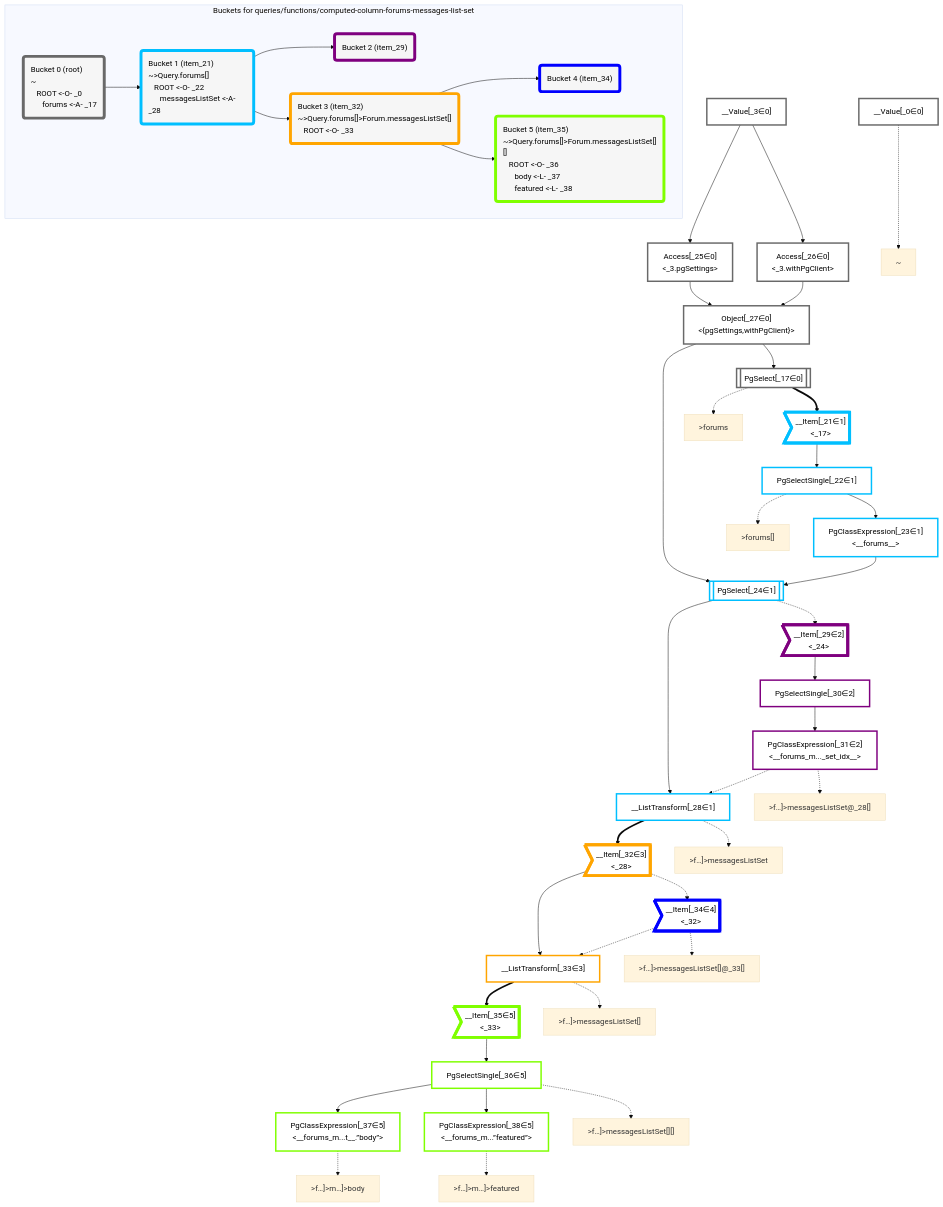
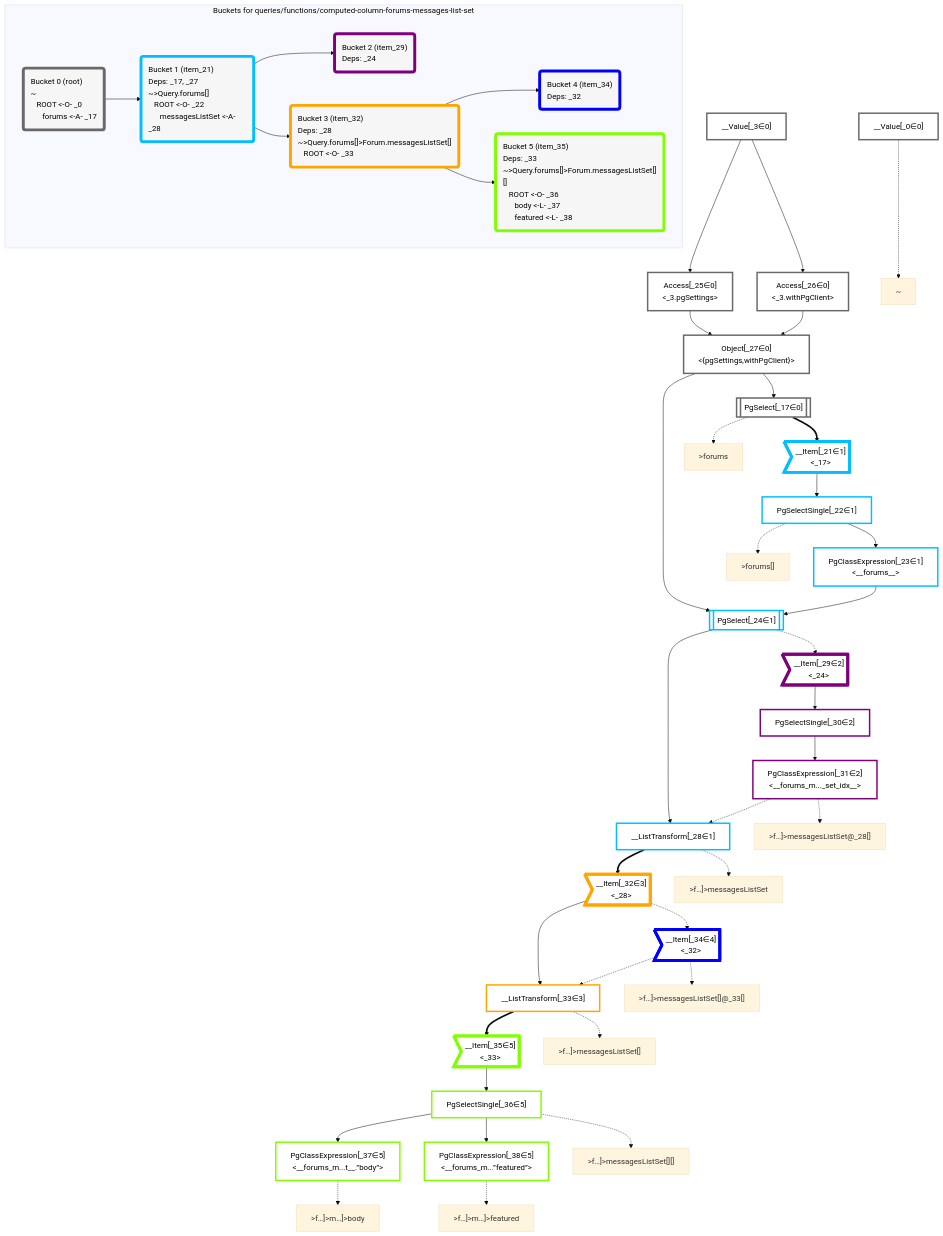
Before and after one commit to graphile/crystal: the diagram in packages/dataplan-pg/__tests__/queries/functions/computed-column-forums-messages-list-set.deopt.mermaid.md, drawn with Mermaid (base theme). The commit also changed 157 other files, not shown here.

Commit message:
Add deps to all query snapshots

```diff
--- a/packages/dataplan-pg/__tests__/queries/functions/computed-column-forums-messages-list-set.deopt.mermaid.md
+++ b/packages/dataplan-pg/__tests__/queries/functions/computed-column-forums-messages-list-set.deopt.mermaid.md
@@ -94,19 +94,19 @@
     subgraph "Buckets for queries/functions/computed-column-forums-messages-list-set"
     Bucket0("Bucket 0 (root)<br />~<br />⠀ROOT <-O- _0<br />⠀⠀forums <-A- _17"):::bucket
     style Bucket0 stroke:#696969
-    Bucket1("Bucket 1 (item_21)<br />~>Query.forums[]<br />⠀ROOT <-O- _22<br />⠀⠀messagesListSet <-A- _28"):::bucket
+    Bucket1("Bucket 1 (item_21)<br />Deps: _17, _27<br />~>Query.forums[]<br />⠀ROOT <-O- _22<br />⠀⠀messagesListSet <-A- _28"):::bucket
     style Bucket1 stroke:#00bfff
     Bucket0 --> Bucket1
-    Bucket2("Bucket 2 (item_29)"):::bucket
+    Bucket2("Bucket 2 (item_29)<br />Deps: _24"):::bucket
     style Bucket2 stroke:#7f007f
     Bucket1 --> Bucket2
-    Bucket3("Bucket 3 (item_32)<br />~>Query.forums[]>Forum.messagesListSet[]<br />⠀ROOT <-O- _33"):::bucket
+    Bucket3("Bucket 3 (item_32)<br />Deps: _28<br />~>Query.forums[]>Forum.messagesListSet[]<br />⠀ROOT <-O- _33"):::bucket
     style Bucket3 stroke:#ffa500
     Bucket1 --> Bucket3
-    Bucket4("Bucket 4 (item_34)"):::bucket
+    Bucket4("Bucket 4 (item_34)<br />Deps: _32"):::bucket
     style Bucket4 stroke:#0000ff
     Bucket3 --> Bucket4
-    Bucket5("Bucket 5 (item_35)<br />~>Query.forums[]>Forum.messagesListSet[][]<br />⠀ROOT <-O- _36<br />⠀⠀body <-L- _37<br />⠀⠀featured <-L- _38"):::bucket
+    Bucket5("Bucket 5 (item_35)<br />Deps: _33<br />~>Query.forums[]>Forum.messagesListSet[][]<br />⠀ROOT <-O- _36<br />⠀⠀body <-L- _37<br />⠀⠀featured <-L- _38"):::bucket
     style Bucket5 stroke:#7fff00
     Bucket3 --> Bucket5
     end
```
